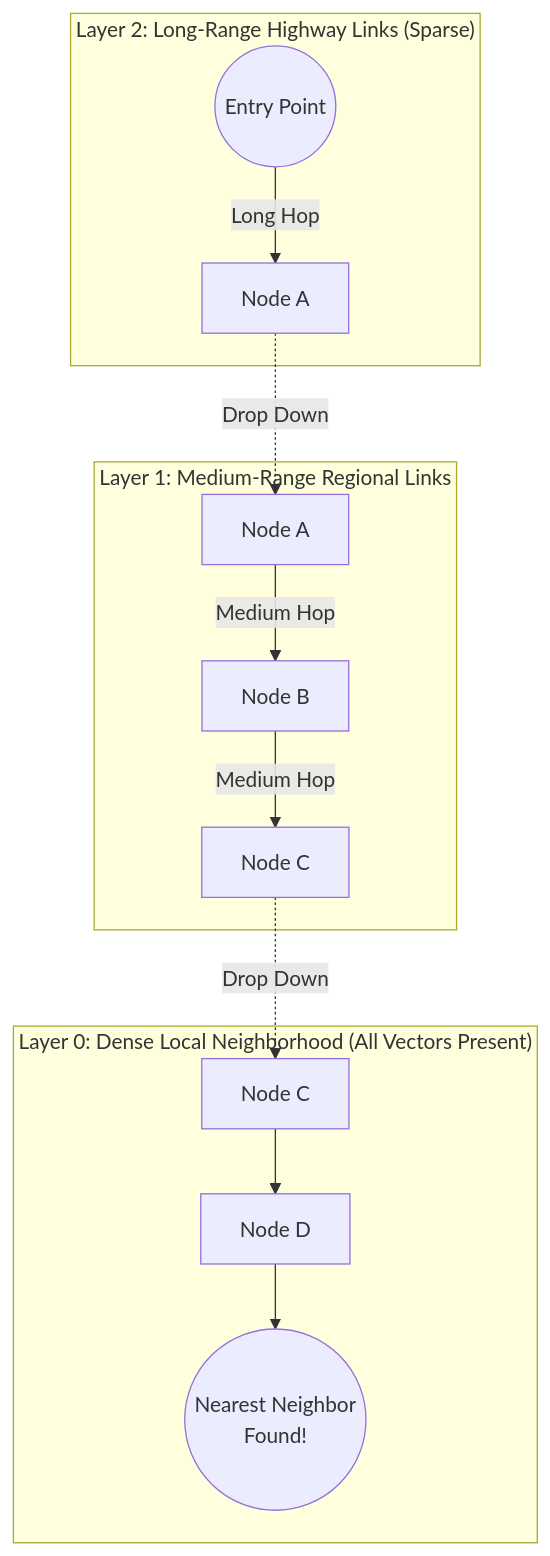
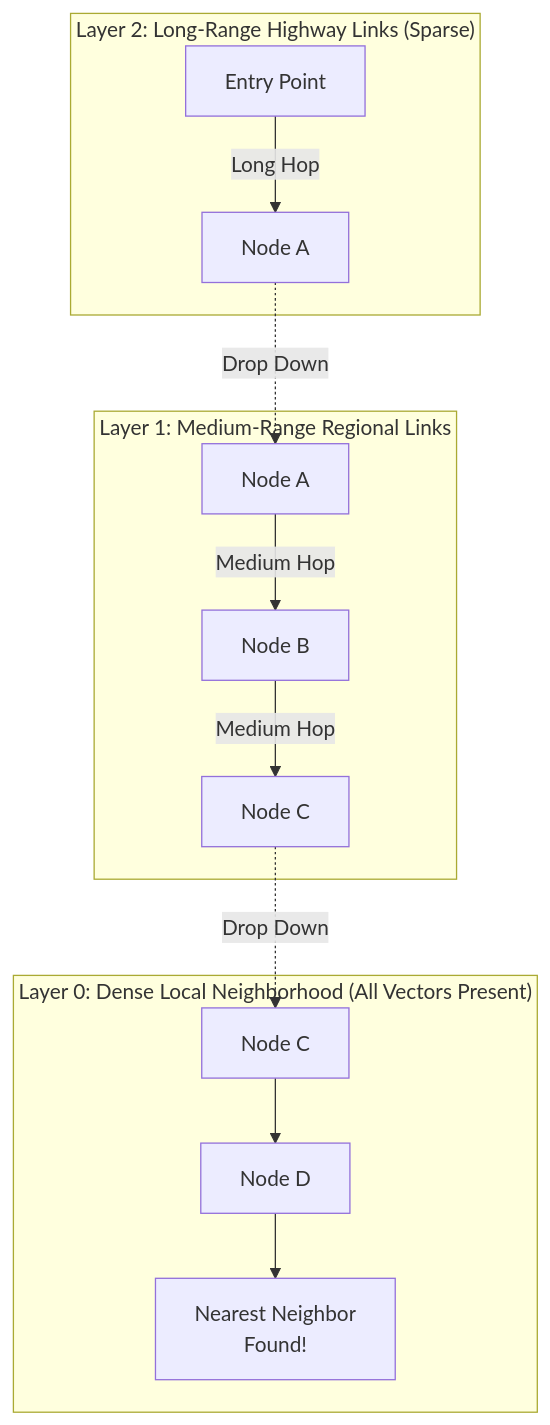
Before and after one commit to divyansh070/ml_notes: the eighth of 8 diagrams in rag-guide/02-retrieval-primitives.md, drawn with Mermaid. The commit also changed other lines of this file, not shown here.

Commit message:
fix(rag-guide): harden all Mermaid diagrams in 02-retrieval-primitives.md for GitHub

````diff
--- a/rag-guide/02-retrieval-primitives.md
+++ b/rag-guide/02-retrieval-primitives.md
@@ -831,18 +831,18 @@
 ```mermaid
 flowchart TD
     subgraph LAYER_2 ["Layer 2: Long-Range Highway Links (Sparse)"]
-        ENTRY(("Entry Point")) -->|Long Hop| N2_1["Node A"]
+        ENTRY["Entry Point"] -->|"Long Hop"| N2_1["Node A"]
     end
     
     subgraph LAYER_1 ["Layer 1: Medium-Range Regional Links"]
         N2_1 -.->|"Drop Down"| N1_1["Node A"]
         N1_1 -->|"Medium Hop"| N1_2["Node B"]
         N1_2 -->|"Medium Hop"| N1_3["Node C"]
     end
     
     subgraph LAYER_0 ["Layer 0: Dense Local Neighborhood (All Vectors Present)"]
         N1_3 -.->|"Drop Down"| N0_1["Node C"]
         N0_1 --> N0_2["Node D"]
-        N0_2 --> TARGET(("Nearest Neighbor<br/>Found!"))
+        N0_2 --> TARGET["Nearest Neighbor<br/>Found!"]
     end
 ```
````
